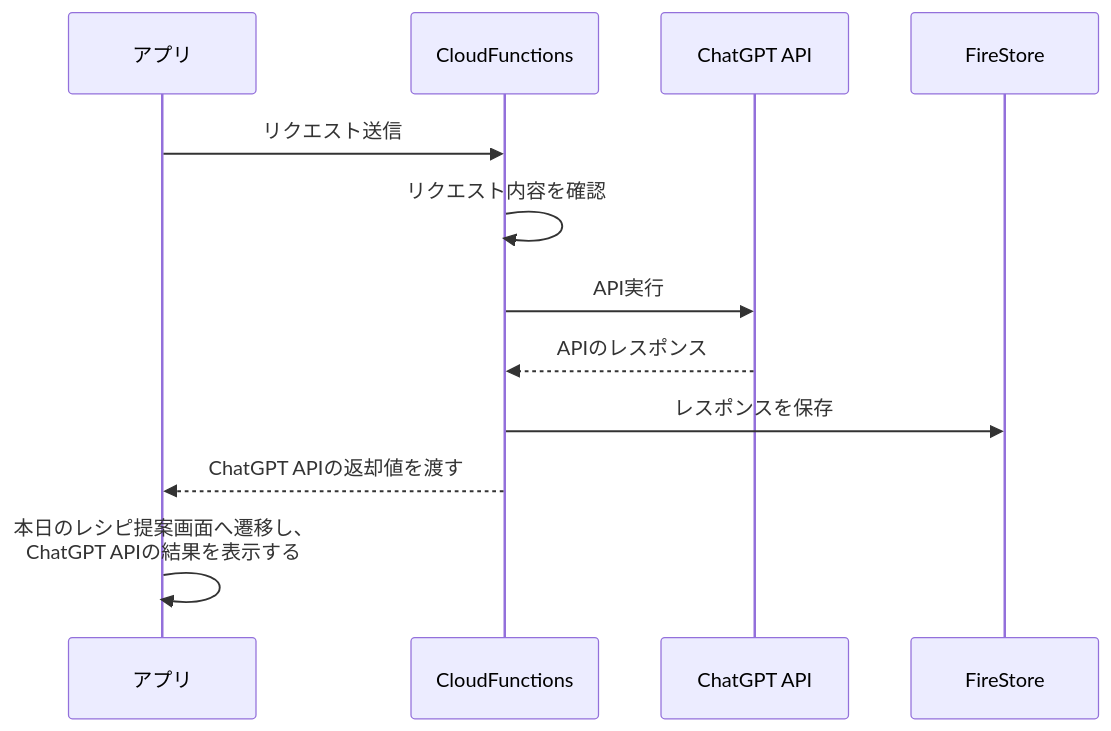
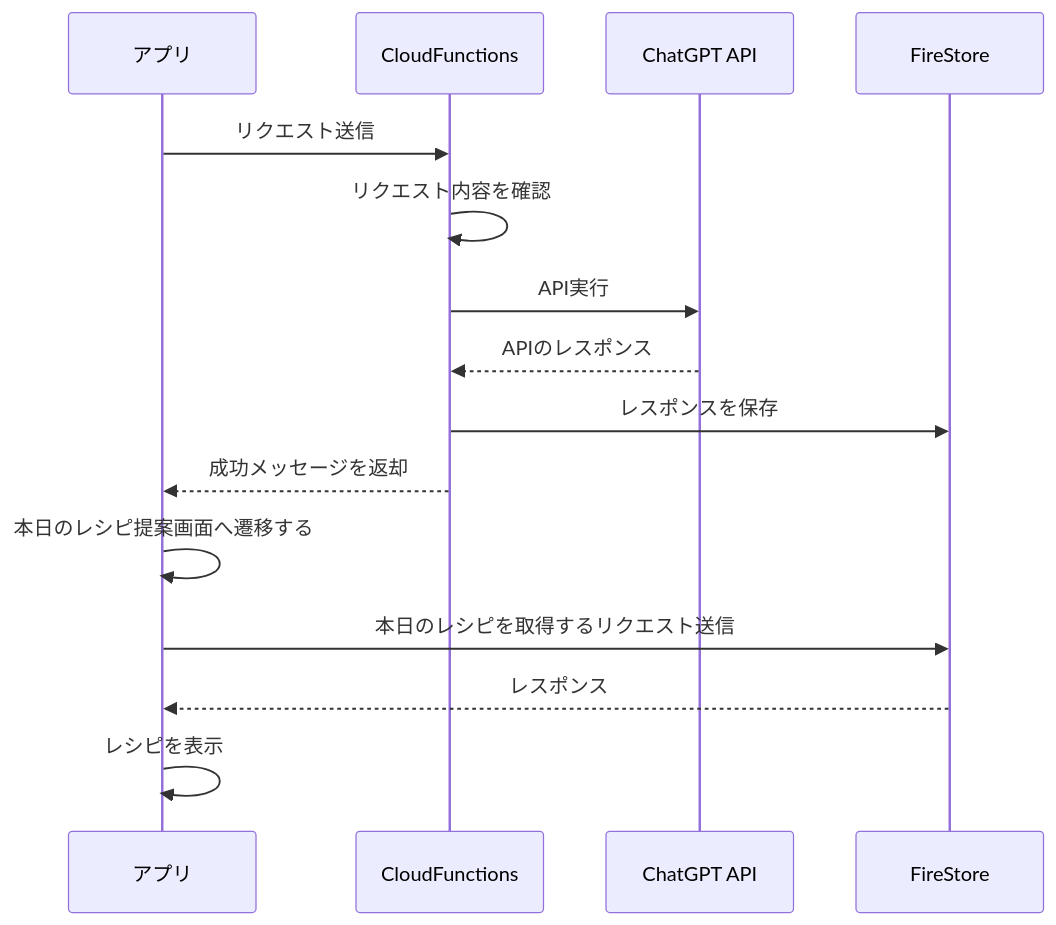
One commit to shuuuu10-01/chat-chef changed the diagram in README.md. Above: the diagram before and after it, drawn with Mermaid. The commit also changed other lines of this file, not shown here.

Commit message:
chore: シーケンス図を修正

````diff
--- a/README.md
+++ b/README.md
@@ -25,15 +25,18 @@
 ```mermaid
 sequenceDiagram
     participant アプリ
     participant CloudFunctions
     participant ChatGPT API
     participant FireStore
 
     アプリ->>CloudFunctions: リクエスト送信
     CloudFunctions->>CloudFunctions: リクエスト内容を確認
     CloudFunctions->>ChatGPT API: API実行
     ChatGPT API-->>CloudFunctions: APIのレスポンス
     CloudFunctions->>FireStore: レスポンスを保存
-    CloudFunctions-->>アプリ: ChatGPT APIの返却値を渡す
-    アプリ->>アプリ: 本日のレシピ提案画面へ遷移し、<br >ChatGPT APIの結果を表示する
+    CloudFunctions-->>アプリ: 成功メッセージを返却
+    アプリ->>アプリ: 本日のレシピ提案画面へ遷移する
+    アプリ->>FireStore: 本日のレシピを取得するリクエスト送信
+    FireStore-->>アプリ: レスポンス
+    アプリ->>アプリ: レシピを表示
 ```
````
